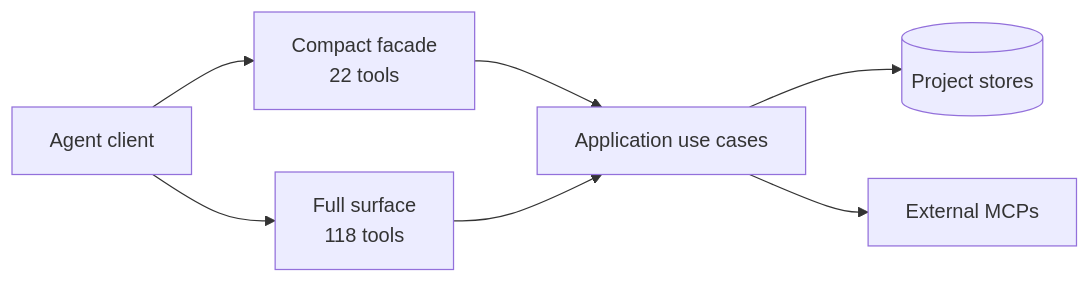
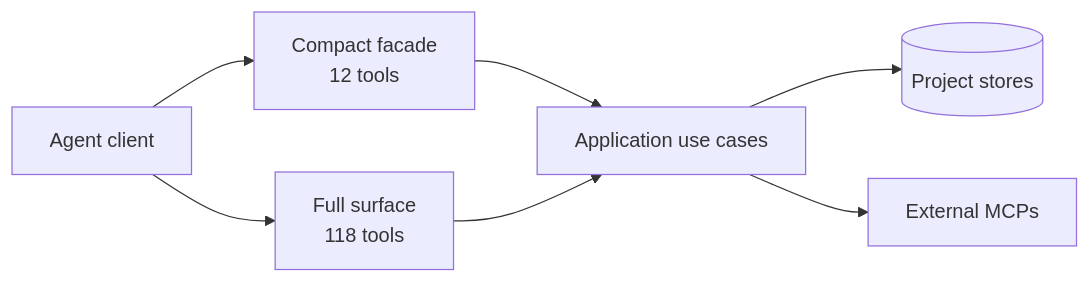
Before and after one commit to u9401066/med-paper-assistant: the third of 3 diagrams in docs/wiki/repo-map.md, drawn with Mermaid. The commit also changed 23 other files, not shown here.

````diff
--- a/docs/wiki/repo-map.md
+++ b/docs/wiki/repo-map.md
@@ -61,9 +61,9 @@
 ```mermaid
 flowchart LR
-    Client[Agent client] --> Compact[Compact facade<br/>22 tools]
+    Client[Agent client] --> Compact[Compact facade<br/>12 tools]
     Client --> Full[Full surface<br/>118 tools]
     Compact --> UseCases[Application use cases]
     Full --> UseCases
     UseCases --> Stores[(Project stores)]
     UseCases --> External[External MCPs]
 ```
````
